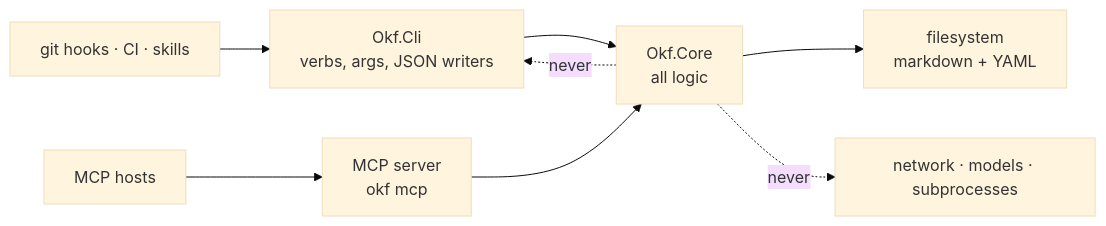
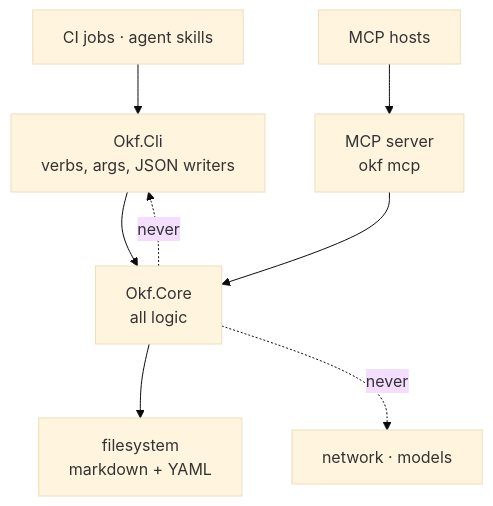
The first of 7 diagrams in docs/architecture.md (georgepharrison/okf-net), drawn with Mermaid (base theme) before and after one commit. The commit also changed other lines of this file and 1 other file, not shown here.

First line of the commit message:
docs: correct the architecture-spine rules the code contradicts

````diff
--- a/docs/architecture.md
+++ b/docs/architecture.md
@@ -102,10 +119,10 @@
 ```mermaid
-flowchart LR
-    hooks["git hooks · CI · skills"] --> cli
+flowchart TB
+    callers["CI jobs · agent skills"] --> cli
     hosts["MCP hosts"] --> mcp
     cli["Okf.Cli<br/>verbs, args, JSON writers"] --> core
     mcp["MCP server<br/>okf mcp"] --> core
     core["Okf.Core<br/>all logic"] --> fs["filesystem<br/>markdown + YAML"]
     core -. never .-> cli
-    core -. never .-> net["network · models · subprocesses"]
+    core -. never .-> net["network · models"]
 ```
````
